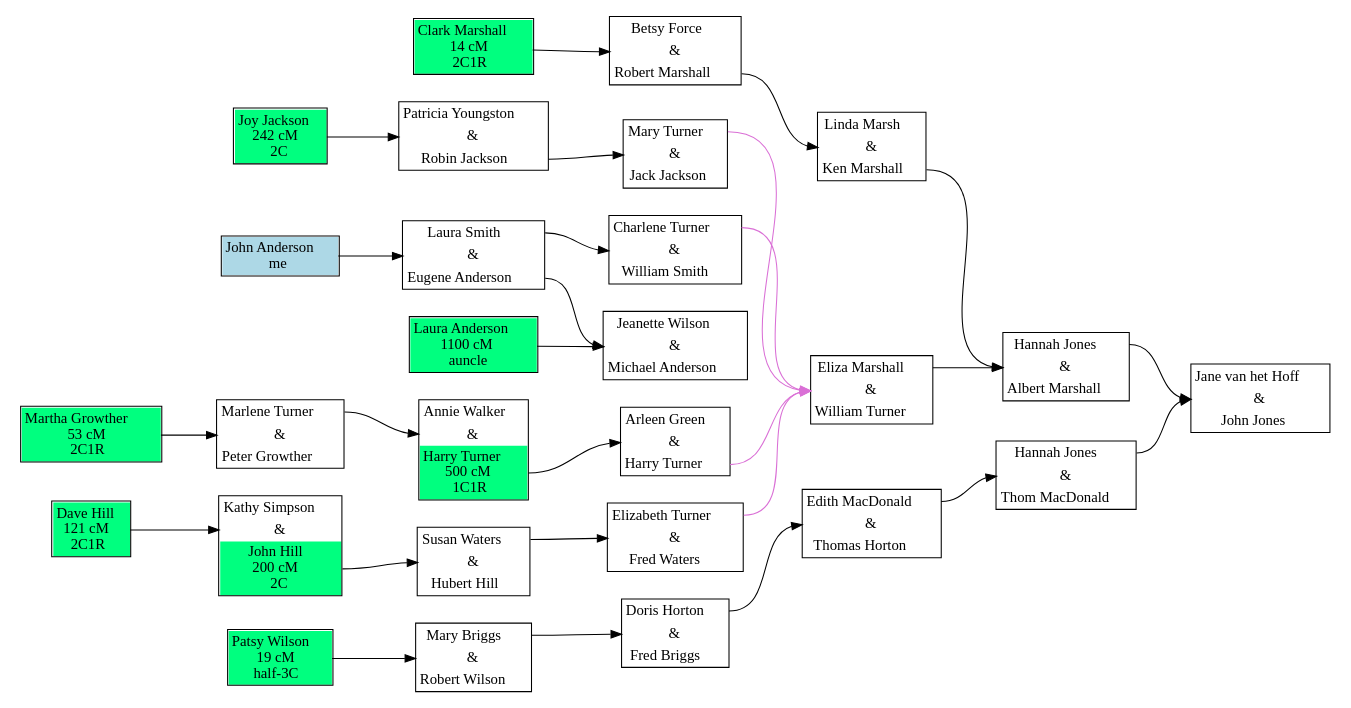
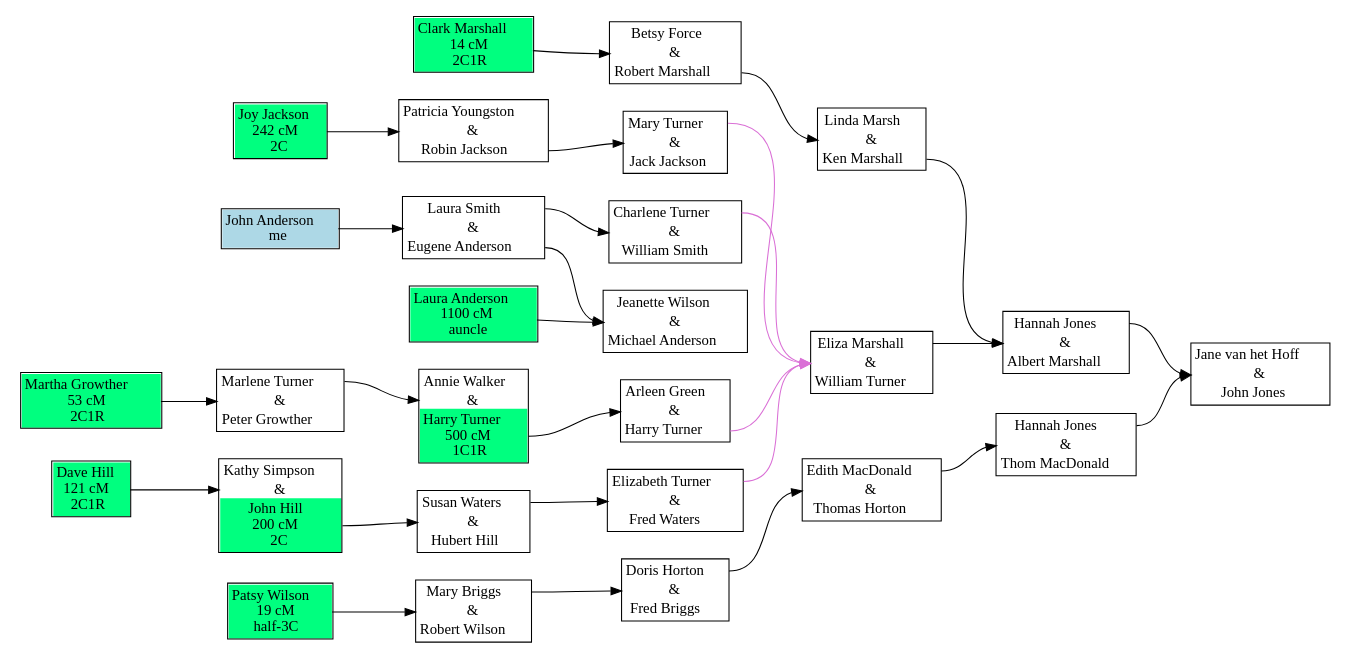
One commit to johnandrea/draw-dna-matches changed the diagram in test-data/test-family.dot. Above: the diagram before and after it, drawn with Graphviz. The commit also changed 14 other files, not shown here.

```diff
--- a/test-data/test-family.dot
+++ b/test-data/test-family.dot
@@ -1,178 +1,178 @@
 digraph family {
 node [shape=plaintext];
 rankdir=LR;
 f2 [label=<
 <table cellpadding="3" border="1" cellspacing="0" cellborder="0">
 <tr><td port="w">Hannah Jones</td></tr>
-<tr><td port="u">&amp;</td></tr>
+<tr><td port="u" cellpadding="0" cellspacing="0">&amp;</td></tr>
 <tr><td port="h">Thom MacDonald</td></tr>
 </table>>];
 f6 [label=<
 <table cellpadding="3" border="1" cellspacing="0" cellborder="0">
 <tr><td port="w">Hannah Jones</td></tr>
-<tr><td port="u">&amp;</td></tr>
+<tr><td port="u" cellpadding="0" cellspacing="0">&amp;</td></tr>
 <tr><td port="h">Albert Marshall</td></tr>
 </table>>];
 f5 [label=<
 <table cellpadding="3" border="1" cellspacing="0" cellborder="0">
 <tr><td port="w">Mary Briggs</td></tr>
-<tr><td port="u">&amp;</td></tr>
+<tr><td port="u" cellpadding="0" cellspacing="0">&amp;</td></tr>
 <tr><td port="h">Robert Wilson</td></tr>
 </table>>];
 f4 [label=<
 <table cellpadding="3" border="1" cellspacing="0" cellborder="0">
 <tr><td port="w">Doris Horton</td></tr>
-<tr><td port="u">&amp;</td></tr>
+<tr><td port="u" cellpadding="0" cellspacing="0">&amp;</td></tr>
 <tr><td port="h">Fred Briggs</td></tr>
 </table>>];
 f3 [label=<
 <table cellpadding="3" border="1" cellspacing="0" cellborder="0">
 <tr><td port="w">Edith MacDonald</td></tr>
-<tr><td port="u">&amp;</td></tr>
+<tr><td port="u" cellpadding="0" cellspacing="0">&amp;</td></tr>
 <tr><td port="h">Thomas Horton</td></tr>
 </table>>];
 f17 [label=<
 <table cellpadding="3" border="1" cellspacing="0" cellborder="0">
 <tr><td port="w">Laura Smith</td></tr>
-<tr><td port="u">&amp;</td></tr>
+<tr><td port="u" cellpadding="0" cellspacing="0">&amp;</td></tr>
 <tr><td port="h">Eugene Anderson</td></tr>
 </table>>];
 f16 [label=<
 <table cellpadding="3" border="1" cellspacing="0" cellborder="0">
 <tr><td port="w">Charlene Turner</td></tr>
-<tr><td port="u">&amp;</td></tr>
+<tr><td port="u" cellpadding="0" cellspacing="0">&amp;</td></tr>
 <tr><td port="h">William Smith</td></tr>
 </table>>];
 f7 [label=<
 <table cellpadding="3" border="1" cellspacing="0" cellborder="0">
 <tr><td port="w">Eliza Marshall</td></tr>
-<tr><td port="u">&amp;</td></tr>
+<tr><td port="u" cellpadding="0" cellspacing="0">&amp;</td></tr>
 <tr><td port="h">William Turner</td></tr>
 </table>>];
 f1 [label=<
 <table cellpadding="3" border="1" cellspacing="0" cellborder="0">
 <tr><td port="w">Jane van het Hoff</td></tr>
-<tr><td port="u">&amp;</td></tr>
+<tr><td port="u" cellpadding="0" cellspacing="0">&amp;</td></tr>
 <tr><td port="h">John Jones</td></tr>
 </table>>];
 f9 [label=<
 <table cellpadding="3" border="1" cellspacing="0" cellborder="0">
 <tr><td port="w">Susan Waters</td></tr>
-<tr><td port="u">&amp;</td></tr>
+<tr><td port="u" cellpadding="0" cellspacing="0">&amp;</td></tr>
 <tr><td port="h">Hubert Hill</td></tr>
 </table>>];
 f8 [label=<
 <table cellpadding="3" border="1" cellspacing="0" cellborder="0">
 <tr><td port="w">Elizabeth Turner</td></tr>
-<tr><td port="u">&amp;</td></tr>
+<tr><td port="u" cellpadding="0" cellspacing="0">&amp;</td></tr>
 <tr><td port="h">Fred Waters</td></tr>
 </table>>];
 f10 [label=<
 <table cellpadding="3" border="1" cellspacing="0" cellborder="0">
 <tr><td port="w">Kathy Simpson</td></tr>
-<tr><td port="u">&amp;</td></tr>
+<tr><td port="u" cellpadding="0" cellspacing="0">&amp;</td></tr>
 <tr><td port="h" bgcolor="springgreen">John Hill<br/>200 cM<br/>2C</td></tr>
 </table>>];
 f12 [label=<
 <table cellpadding="3" border="1" cellspacing="0" cellborder="0">
 <tr><td port="w">Patricia Youngston</td></tr>
-<tr><td port="u">&amp;</td></tr>
+<tr><td port="u" cellpadding="0" cellspacing="0">&amp;</td></tr>
 <tr><td port="h">Robin Jackson</td></tr>
 </table>>];
 f11 [label=<
 <table cellpadding="3" border="1" cellspacing="0" cellborder="0">
 <tr><td port="w">Mary Turner</td></tr>
-<tr><td port="u">&amp;</td></tr>
+<tr><td port="u" cellpadding="0" cellspacing="0">&amp;</td></tr>
 <tr><td port="h">Jack Jackson</td></tr>
 </table>>];
 f13 [label=<
 <table cellpadding="3" border="1" cellspacing="0" cellborder="0">
 <tr><td port="w">Arleen Green</td></tr>
-<tr><td port="u">&amp;</td></tr>
+<tr><td port="u" cellpadding="0" cellspacing="0">&amp;</td></tr>
 <tr><td port="h">Harry Turner</td></tr>
 </table>>];
 f15 [label=<
 <table cellpadding="3" border="1" cellspacing="0" cellborder="0">
 <tr><td port="w">Marlene Turner</td></tr>
-<tr><td port="u">&amp;</td></tr>
+<tr><td port="u" cellpadding="0" cellspacing="0">&amp;</td></tr>
 <tr><td port="h">Peter Growther</td></tr>
 </table>>];
 f14 [label=<
 <table cellpadding="3" border="1" cellspacing="0" cellborder="0">
 <tr><td port="w">Annie Walker</td></tr>
-<tr><td port="u">&amp;</td></tr>
+<tr><td port="u" cellpadding="0" cellspacing="0">&amp;</td></tr>
 <tr><td port="h" bgcolor="springgreen">Harry Turner<br/>500 cM<br/>1C1R</td></tr>
 </table>>];
 f19 [label=<
 <table cellpadding="3" border="1" cellspacing="0" cellborder="0">
 <tr><td port="w">Betsy Force</td></tr>
-<tr><td port="u">&amp;</td></tr>
+<tr><td port="u" cellpadding="0" cellspacing="0">&amp;</td></tr>
 <tr><td port="h">Robert Marshall</td></tr>
 </table>>];
 f18 [label=<
 <table cellpadding="3" border="1" cellspacing="0" cellborder="0">
 <tr><td port="w">Linda Marsh</td></tr>
-<tr><td port="u">&amp;</td></tr>
+<tr><td port="u" cellpadding="0" cellspacing="0">&amp;</td></tr>
 <tr><td port="h">Ken Marshall</td></tr>
 </table>>];
 f20 [label=<
 <table cellpadding="3" border="1" cellspacing="0" cellborder="0">
 <tr><td port="w">Jeanette Wilson</td></tr>
-<tr><td port="u">&amp;</td></tr>
+<tr><td port="u" cellpadding="0" cellspacing="0">&amp;</td></tr>
 <tr><td port="h">Michael Anderson</td></tr>
 </table>>];
 i24 [label=<
 <table cellpadding="3" border="1" cellspacing="0" cellborder="0">
 <tr><td port="i" bgcolor="springgreen">Dave Hill<br/>121 cM<br/>2C1R</td></tr>
+</table>>];
+i11 [label=<
+<table cellpadding="3" border="1" cellspacing="0" cellborder="0">
+<tr><td port="i" bgcolor="springgreen">Patsy Wilson<br/>19 cM<br/>half-3C</td></tr>
+</table>>];
+i34 [label=<
+<table cellpadding="3" border="1" cellspacing="0" cellborder="0">
+<tr><td port="i" bgcolor="springgreen">Martha Growther<br/>53 cM<br/>2C1R</td></tr>
 </table>>];
 i43 [label=<
 <table cellpadding="3" border="1" cellspacing="0" cellborder="0">
 <tr><td port="i" bgcolor="springgreen">Clark Marshall<br/>14 cM<br/>2C1R</td></tr>
 </table>>];
 i38 [label=<
 <table cellpadding="3" border="1" cellspacing="0" cellborder="0">
 <tr><td port="i" bgcolor="lightblue">John Anderson<br/>me</td></tr>
 </table>>];
-i34 [label=<
+i28 [label=<
 <table cellpadding="3" border="1" cellspacing="0" cellborder="0">
-<tr><td port="i" bgcolor="springgreen">Martha Growther<br/>53 cM<br/>2C1R</td></tr>
+<tr><td port="i" bgcolor="springgreen">Joy Jackson<br/>242 cM<br/>2C</td></tr>
 </table>>];
 i46 [label=<
 <table cellpadding="3" border="1" cellspacing="0" cellborder="0">
 <tr><td port="i" bgcolor="springgreen">Laura Anderson<br/>1100 cM<br/>auncle</td></tr>
 </table>>];
-i11 [label=<
-<table cellpadding="3" border="1" cellspacing="0" cellborder="0">
-<tr><td port="i" bgcolor="springgreen">Patsy Wilson<br/>19 cM<br/>half-3C</td></tr>
-</table>>];
-i28 [label=<
-<table cellpadding="3" border="1" cellspacing="0" cellborder="0">
-<tr><td port="i" bgcolor="springgreen">Joy Jackson<br/>242 cM<br/>2C</td></tr>
-</table>>];
+f5:w -> f4:u;
 f18:h -> f6:u;
-f19:h -> f18:u;
+f15:w -> f14:u;
+f11:w -> f7:u [color=orchid];
+i24:i -> f10:u;
 f4:w -> f3:u;
+f16:w -> f7:u [color=orchid];
+f8:w -> f7:u [color=orchid];
+f3:w -> f2:u;
+f12:h -> f11:u;
+f7:w -> f6:u;
+f13:h -> f7:u [color=orchid];
+i34:i -> f15:u;
+f2:w -> f1:u;
+i46:i -> f20:u;
 i43:i -> f19:u;
-f3:w -> f2:u;
-f2:w -> f1:u;
-f17:h -> f20:u;
-f8:w -> f7:u [color=orchid];
-f5:w -> f4:u;
-f11:w -> f7:u [color=orchid];
-f13:h -> f7:u [color=orchid];
-f12:h -> f11:u;
-i46:i -> f20:u;
-f9:w -> f8:u;
+i28:i -> f12:u;
 f14:h -> f13:u;
 i11:i -> f5:u;
-f7:w -> f6:u;
-f10:h -> f9:u;
 i38:i -> f17:u;
-i28:i -> f12:u;
-f16:w -> f7:u [color=orchid];
+f19:h -> f18:u;
 f17:w -> f16:u;
 f6:w -> f1:u;
-i34:i -> f15:u;
-f15:w -> f14:u;
-i24:i -> f10:u;
+f17:h -> f20:u;
+f10:h -> f9:u;
+f9:w -> f8:u;
 }
```
